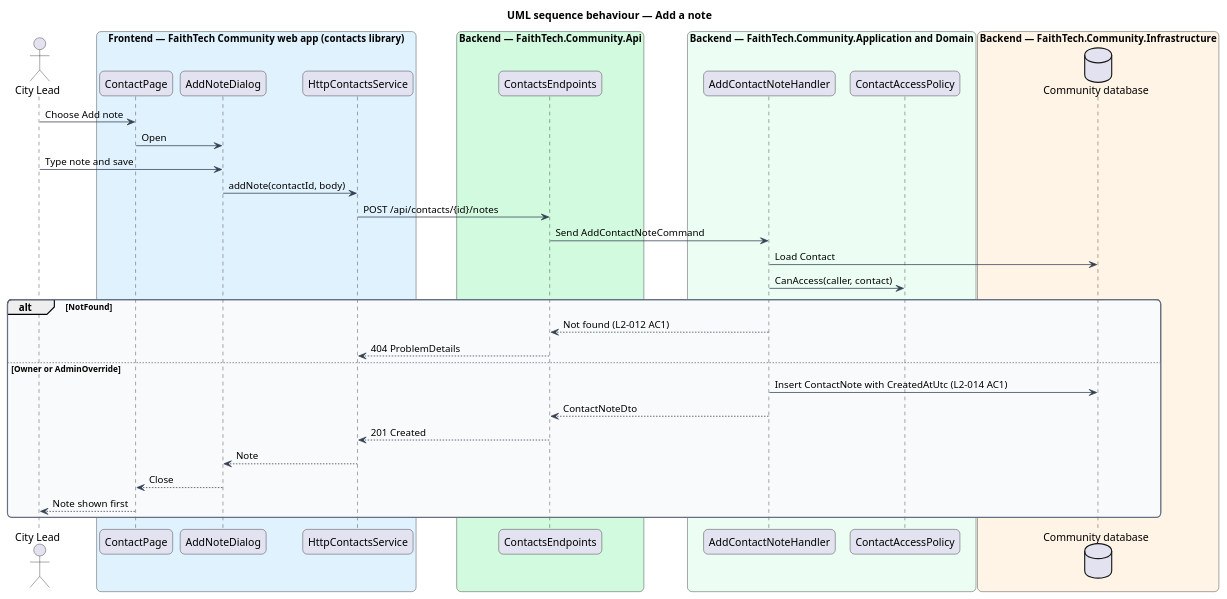
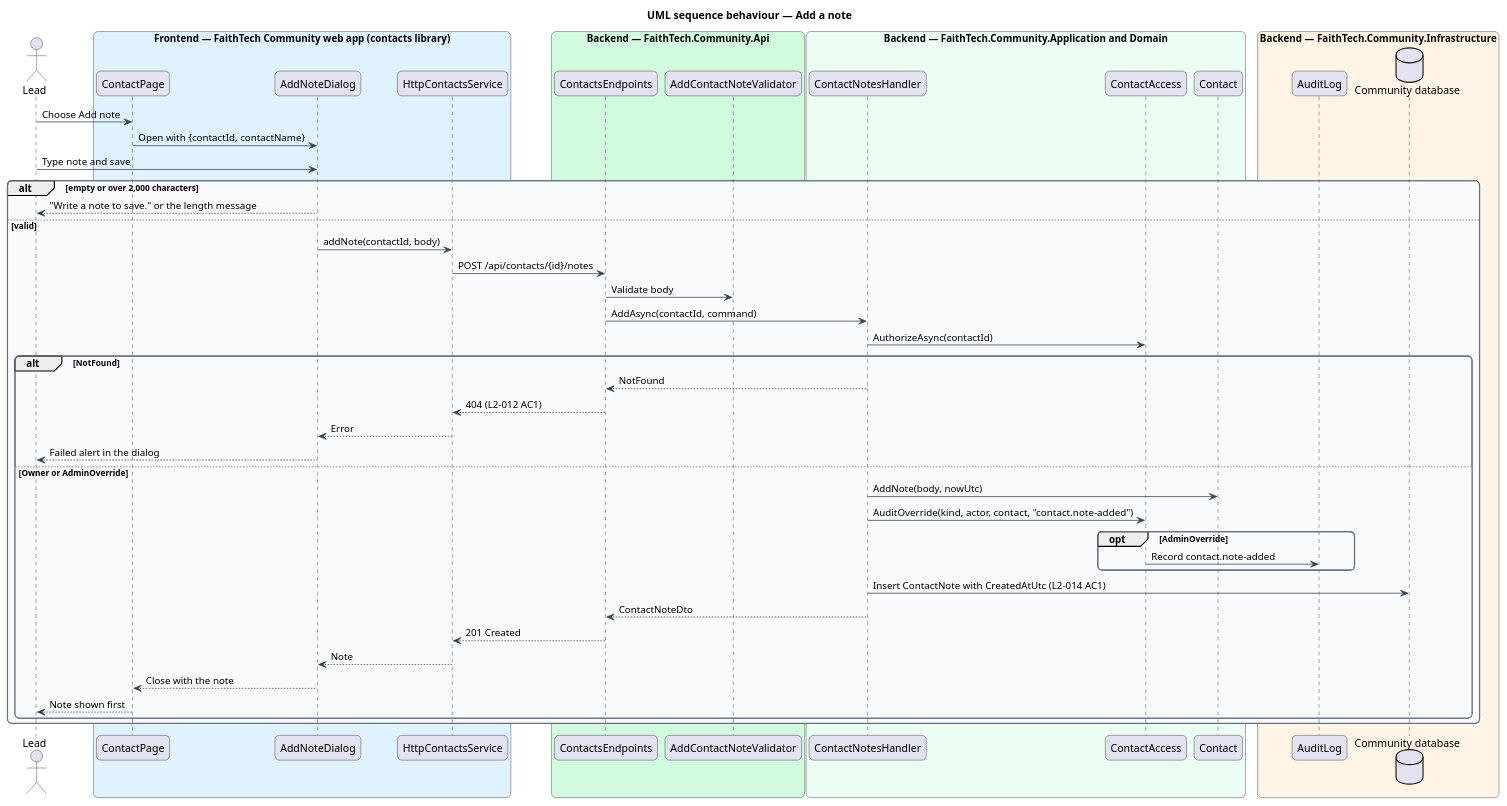
Before and after one commit to QuinntyneBrown/faithtech-community: the diagram in docs/detailed-designs/contacts/contact-notes/diagrams/sequence-add-note.puml, drawn with PlantUML. The commit also changed 79 other files, not shown here.

First line of the commit message:
Align the contacts and partners designs and diagrams with the built code

```diff
--- a/docs/detailed-designs/contacts/contact-notes/diagrams/sequence-add-note.puml
+++ b/docs/detailed-designs/contacts/contact-notes/diagrams/sequence-add-note.puml
@@ -1,52 +1,66 @@
 @startuml
 title UML sequence behaviour — Add a note
 skinparam backgroundColor #FFFFFF
 skinparam shadowing false
 skinparam roundcorner 12
 skinparam defaultFontName Arial
 skinparam ArrowColor #344054
 skinparam rectangle {
   BorderColor #344054
   FontColor #101828
 }
 skinparam package {
   BorderColor #667085
   FontColor #101828
   BackgroundColor #F9FAFB
 }
-actor "City Lead" as actor
+actor "Lead" as actor
 box "Frontend — FaithTech Community web app (contacts library)" #E0F2FE
   participant "ContactPage" as page
   participant "AddNoteDialog" as dlg
   participant "HttpContactsService" as svc
 end box
 box "Backend — FaithTech.Community.Api" #D1FADF
   participant "ContactsEndpoints" as ep
+  participant "AddContactNoteValidator" as v
 end box
 box "Backend — FaithTech.Community.Application and Domain" #ECFDF3
-  participant "AddContactNoteHandler" as h
-  participant "ContactAccessPolicy" as pol
+  participant "ContactNotesHandler" as h
+  participant "ContactAccess" as acc
+  participant "Contact" as c
 end box
 box "Backend — FaithTech.Community.Infrastructure" #FFF4E5
+  participant "AuditLog" as audit
   database "Community database" as db
 end box
 actor -> page : Choose Add note
-page -> dlg : Open
+page -> dlg : Open with {contactId, contactName}
 actor -> dlg : Type note and save
-dlg -> svc : addNote(contactId, body)
-svc -> ep : POST /api/contacts/{id}/notes
-ep -> h : Send AddContactNoteCommand
-h -> db : Load Contact
-h -> pol : CanAccess(caller, contact)
-alt NotFound
-  h --> ep : Not found (L2-012 AC1)
-  ep --> svc : 404 ProblemDetails
-else Owner or AdminOverride
-  h -> db : Insert ContactNote with CreatedAtUtc (L2-014 AC1)
-  h --> ep : ContactNoteDto
-  ep --> svc : 201 Created
-  svc --> dlg : Note
-  dlg --> page : Close
-  page --> actor : Note shown first
+alt empty or over 2,000 characters
+  dlg --> actor : "Write a note to save." or the length message
+else valid
+  dlg -> svc : addNote(contactId, body)
+  svc -> ep : POST /api/contacts/{id}/notes
+  ep -> v : Validate body
+  ep -> h : AddAsync(contactId, command)
+  h -> acc : AuthorizeAsync(contactId)
+  alt NotFound
+    h --> ep : NotFound
+    ep --> svc : 404 (L2-012 AC1)
+    svc --> dlg : Error
+    dlg --> actor : Failed alert in the dialog
+  else Owner or AdminOverride
+    h -> c : AddNote(body, nowUtc)
+    h -> acc : AuditOverride(kind, actor, contact, "contact.note-added")
+    opt AdminOverride
+      acc -> audit : Record contact.note-added
+    end
+    h -> db : Insert ContactNote with CreatedAtUtc (L2-014 AC1)
+    h --> ep : ContactNoteDto
+    ep --> svc : 201 Created
+    svc --> dlg : Note
+    dlg --> page : Close with the note
+    page --> actor : Note shown first
+  end
 end
 @enduml
```
